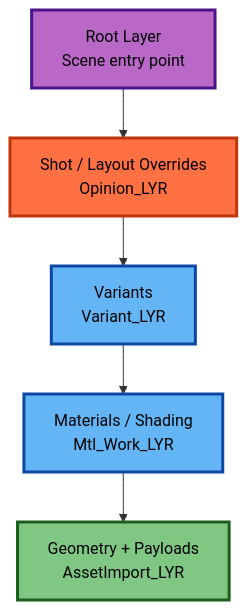
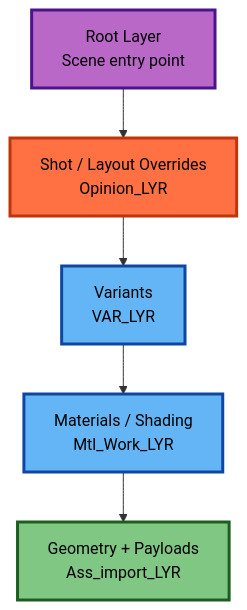
The eighth of 18 diagrams in WIP_Docs/OpenUSD_Best_Practices_Guide (17).md (jph2/USD_GoodStart), drawn with Mermaid before and after one commit. The commit also changed other lines of this file and 1 other file, not shown here.

````diff
--- a/WIP_Docs/OpenUSD_Best_Practices_Guide (17).md
+++ b/WIP_Docs/OpenUSD_Best_Practices_Guide (17).md
@@ -1334,19 +1334,19 @@
 ```mermaid
 flowchart TD
     %% Top-to-Bottom: Strongest to Weakest
     Root[Root Layer<br/>Scene entry point]:::root
     Opinion[Shot / Layout Overrides<br/>Opinion_LYR]:::strong
-    Variant[Variants<br/>Variant_LYR]:::medium
+    Variant[Variants<br/>VAR_LYR]:::medium
     Material[Materials / Shading<br/>Mtl_Work_LYR]:::medium
-    Import[Geometry + Payloads<br/>AssetImport_LYR]:::weak
+    Import[Geometry + Payloads<br/>Ass_import_LYR]:::weak
     
     Root --> Opinion
     Opinion --> Variant
     Variant --> Material
     Material --> Import
     
     classDef root fill:#ba68c8,stroke:#4a148c,stroke-width:3px,color:#000;
     classDef strong fill:#ff7043,stroke:#bf360c,stroke-width:3px,color:#000;
     classDef medium fill:#64b5f6,stroke:#0d47a1,stroke-width:3px,color:#000;
     classDef weak fill:#81c784,stroke:#1b5e20,stroke-width:3px,color:#000;
 ```
````
